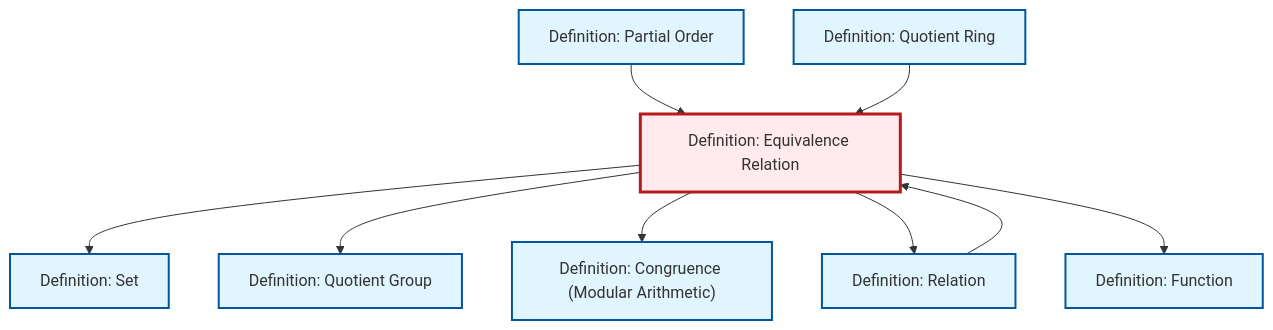
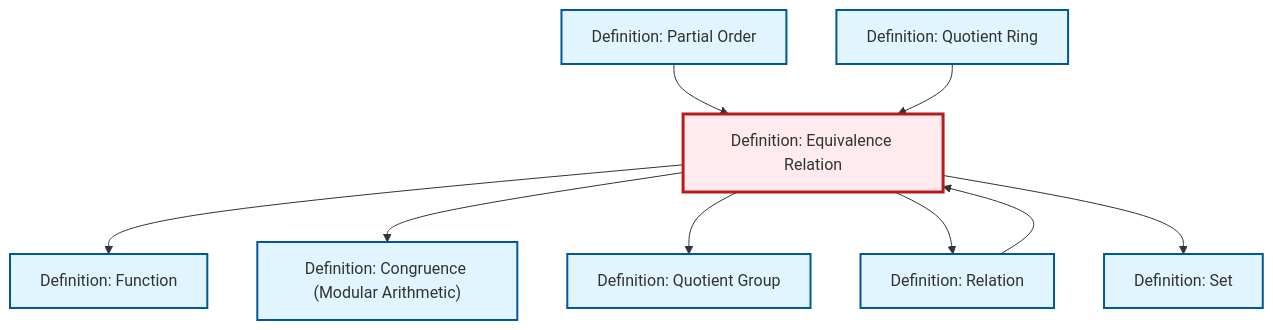
Before and after one commit to RK0429/ModernMath: the diagram in content/ja/logic-set-theory/def-equivalence-relation.qmd, drawn with Mermaid. The commit also changed other lines of this file and 654 other files, not shown here.

First line of the commit message:
fix: Update cross-references to equivalence relation in quotient ring definitions

````diff
--- a/content/ja/logic-set-theory/def-equivalence-relation.qmd
+++ b/content/ja/logic-set-theory/def-equivalence-relation.qmd
@@ -116,33 +116,33 @@
 ```{mermaid}
 %%| fig-cap: "Local dependency graph"
 graph TD
     classDef definition fill:#e1f5fe,stroke:#01579b,stroke-width:2px
     classDef theorem fill:#f3e5f5,stroke:#4a148c,stroke-width:2px
     classDef axiom fill:#fff3e0,stroke:#e65100,stroke-width:2px
     classDef example fill:#e8f5e9,stroke:#1b5e20,stroke-width:2px
     classDef current fill:#ffebee,stroke:#b71c1c,stroke-width:3px
+    def-set["Definition: Set"]:::definition
     def-quotient-ring["Definition: Quotient Ring"]:::definition
     def-quotient-group["Definition: Quotient Group"]:::definition
     def-equivalence-relation["Definition: Equivalence Relation"]:::definition
+    def-relation["Definition: Relation"]:::definition
+    def-function["Definition: Function"]:::definition
+    def-partial-order["Definition: Partial Order"]:::definition
     def-congruence["Definition: Congruence (Modular Arithmetic)"]:::definition
-    def-partial-order["Definition: Partial Order"]:::definition
-    def-function["Definition: Function"]:::definition
-    def-relation["Definition: Relation"]:::definition
-    def-set["Definition: Set"]:::definition
-    def-equivalence-relation --> def-set
-    def-equivalence-relation --> def-quotient-group
+    def-partial-order --> def-equivalence-relation
+    def-equivalence-relation --> def-function
     def-relation --> def-equivalence-relation
     def-equivalence-relation --> def-congruence
-    def-partial-order --> def-equivalence-relation
+    def-equivalence-relation --> def-quotient-group
+    def-quotient-ring --> def-equivalence-relation
     def-equivalence-relation --> def-relation
-    def-quotient-ring --> def-equivalence-relation
-    def-equivalence-relation --> def-function
+    def-equivalence-relation --> def-set
     class def-equivalence-relation current
+    click def-set "def-set.html" "Definition: Setへ"
     click def-quotient-ring "def-quotient-ring.html" "Definition: Quotient Ringへ"
     click def-quotient-group "def-quotient-group.html" "Definition: Quotient Groupへ"
+    click def-relation "def-relation.html" "Definition: Relationへ"
+    click def-function "def-function.html" "Definition: Functionへ"
+    click def-partial-order "def-partial-order.html" "Definition: Partial Orderへ"
     click def-congruence "def-congruence.html" "Definition: Congruence (Modular Arithmetic)へ"
-    click def-partial-order "def-partial-order.html" "Definition: Partial Orderへ"
-    click def-function "def-function.html" "Definition: Functionへ"
-    click def-relation "def-relation.html" "Definition: Relationへ"
-    click def-set "def-set.html" "Definition: Setへ"
 ```
````
